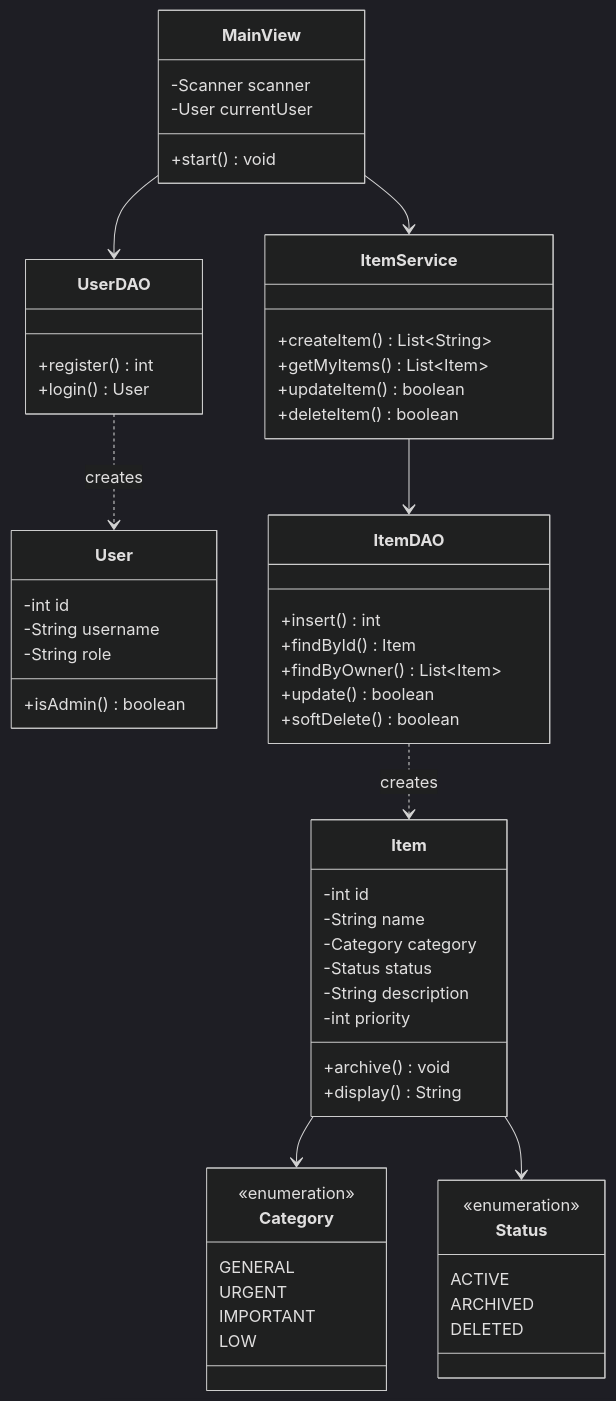
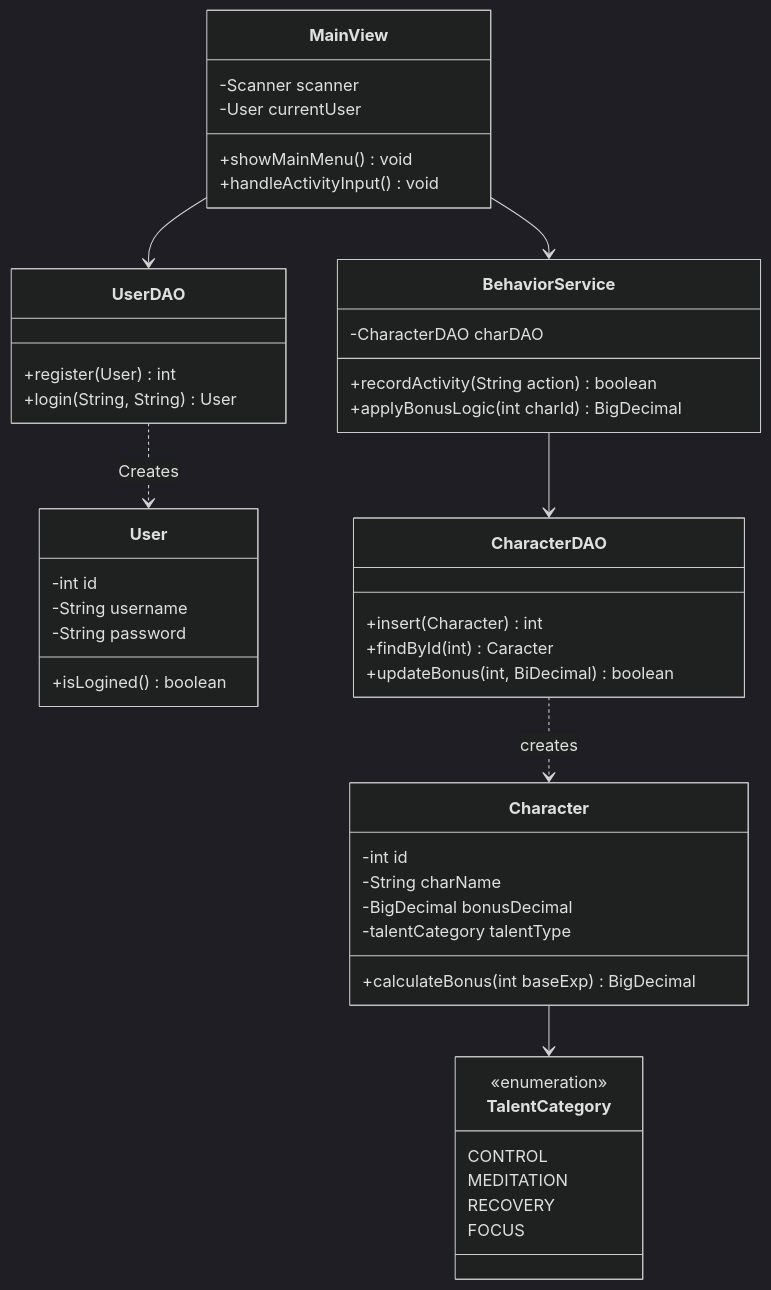
Before and after one commit to linalingling/BioBehaviorBridge: the second of 3 diagrams in README.md, drawn with Mermaid (dark theme). The commit also changed other lines of this file, not shown here.

Commit message:
docs: finalize README and class diagram

````diff
--- a/README.md
+++ b/README.md
@@ -81,62 +92,54 @@
 ```mermaid
 classDiagram
     class User {
         -int id
         -String username
-        -String role
-        +isAdmin() boolean
+        -String password
+        +isLogined() boolean
     }
-    class Item {
+    class Character {
         -int id
-        -String name
-        -Category category
-        -Status status
-        -String description
-        -int priority
-        +archive() void
-        +display() String
+        -String charName
+        -BigDecimal bonusDecimal
+        -talentCategory talentType
+        +calculateBonus(int baseExp) BigDecimal
+        
     }
-    class Category {
+    class TalentCategory {
         <<enumeration>>
-        GENERAL
-        URGENT
-        IMPORTANT
-        LOW
+        CONTROL
+        MEDITATION
+        RECOVERY
+        FOCUS
+   }  
+        
+           
+    class UserDAO {
+        +register(User) int
+        +login(String, String) User
     }
-    class Status {
-        <<enumeration>>
-        ACTIVE
-        ARCHIVED
-        DELETED
+    class CharacterDAO {
+       +insert(Character) int
+       +findById(int) Caracter
+       +updateBonus(int, BiDecimal) boolean
     }
-    class UserDAO {
-        +register() int
-        +login() User
-    }
-    class ItemDAO {
-        +insert() int
-        +findById() Item
-        +findByOwner() List~Item~
-        +update() boolean
-        +softDelete() boolean
-    }
-    class ItemService {
-        +createItem() List~String~
-        +getMyItems() List~Item~
-        +updateItem() boolean
-        +deleteItem() boolean
+    class BehaviorService {
+       -CharacterDAO charDAO
+       +recordActivity (String action) boolean
+       +applyBonusLogic (int charId) BigDecimal
     }
     class MainView {
         -Scanner scanner
         -User currentUser
-        +start() void
+        +showMainMenu () void
+        +handleActivityInput() void
     }
+    Character --> TalentCategory
+    MainView --> BehaviorService
+    BehaviorService --> CharacterDAO
+    MainView --> UserDAO
+    CharacterDAO ..> Character : creates
+    UserDAO ..> User : Creates
 
-    Item --> Category
-    Item --> Status
-    MainView --> ItemService
-    ItemService --> ItemDAO
-    MainView --> UserDAO
-    ItemDAO ..> Item : creates
-    UserDAO ..> User : creates
+    
 ```
````
